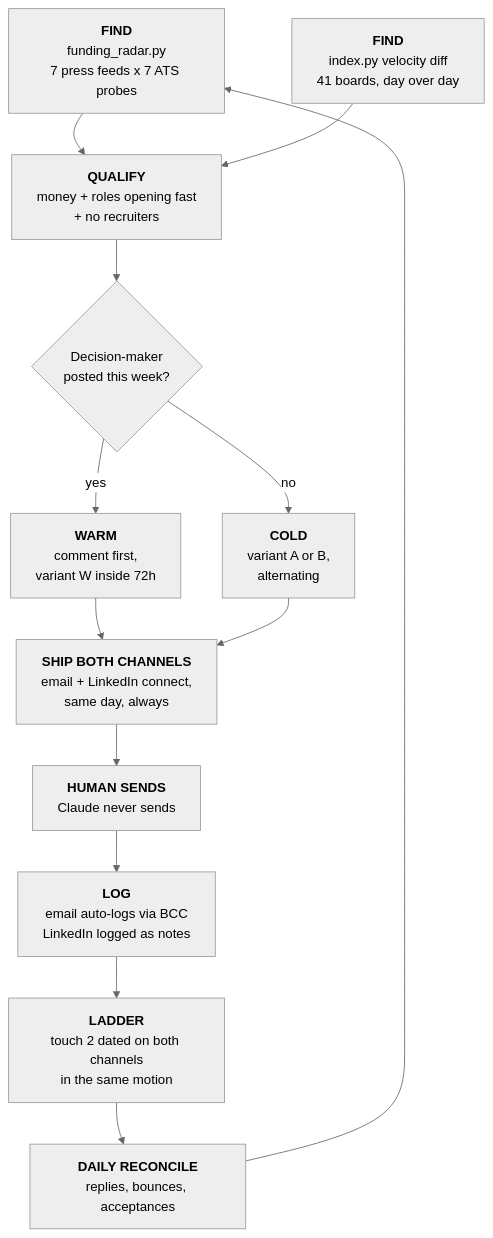
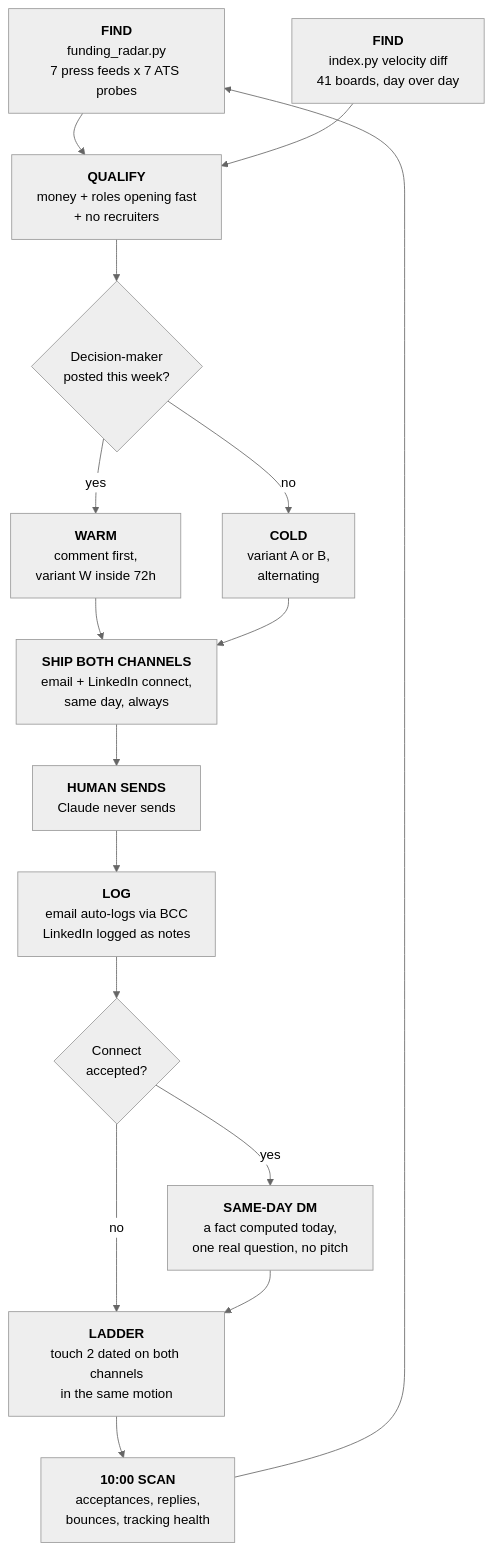
Before and after one commit to JacopoLupo/tribe-claude-skills: the diagram in README.md, drawn with Mermaid (neutral theme). The commit also changed other lines of this file and 5 other files, not shown here.

````diff
--- a/README.md
+++ b/README.md
@@ -19,15 +19,18 @@
 ```mermaid
 flowchart TD
     A["<b>FIND</b><br/>funding_radar.py<br/>7 press feeds x 7 ATS probes"] --> B["<b>QUALIFY</b><br/>money + roles opening fast<br/>+ no recruiters"]
     A2["<b>FIND</b><br/>index.py velocity diff<br/>41 boards, day over day"] --> B
     B --> C{"Decision-maker<br/>posted this week?"}
     C -->|yes| W["<b>WARM</b><br/>comment first,<br/>variant W inside 72h"]
     C -->|no| D["<b>COLD</b><br/>variant A or B,<br/>alternating"]
     W --> E["<b>SHIP BOTH CHANNELS</b><br/>email + LinkedIn connect,<br/>same day, always"]
     D --> E
     E --> F["<b>HUMAN SENDS</b><br/>Claude never sends"]
     F --> G["<b>LOG</b><br/>email auto-logs via BCC<br/>LinkedIn logged as notes"]
-    G --> H["<b>LADDER</b><br/>touch 2 dated on both channels<br/>in the same motion"]
-    H --> I["<b>DAILY RECONCILE</b><br/>replies, bounces, acceptances"]
+    G --> S{"Connect<br/>accepted?"}
+    S -->|yes| T["<b>SAME-DAY DM</b><br/>a fact computed today,<br/>one real question, no pitch"]
+    S -->|no| H["<b>LADDER</b><br/>touch 2 dated on both channels<br/>in the same motion"]
+    T --> H
+    H --> I["<b>10:00 SCAN</b><br/>acceptances, replies,<br/>bounces, tracking health"]
     I --> A
 ```
````
